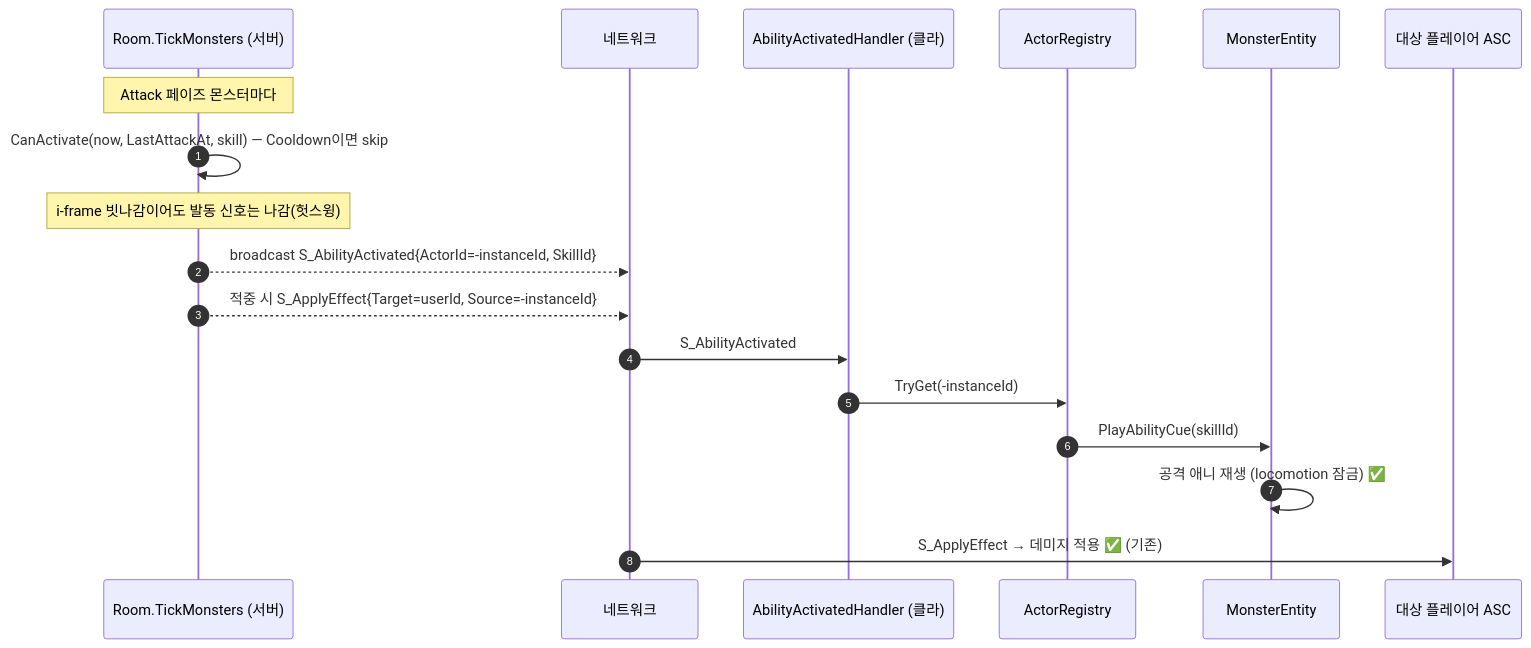
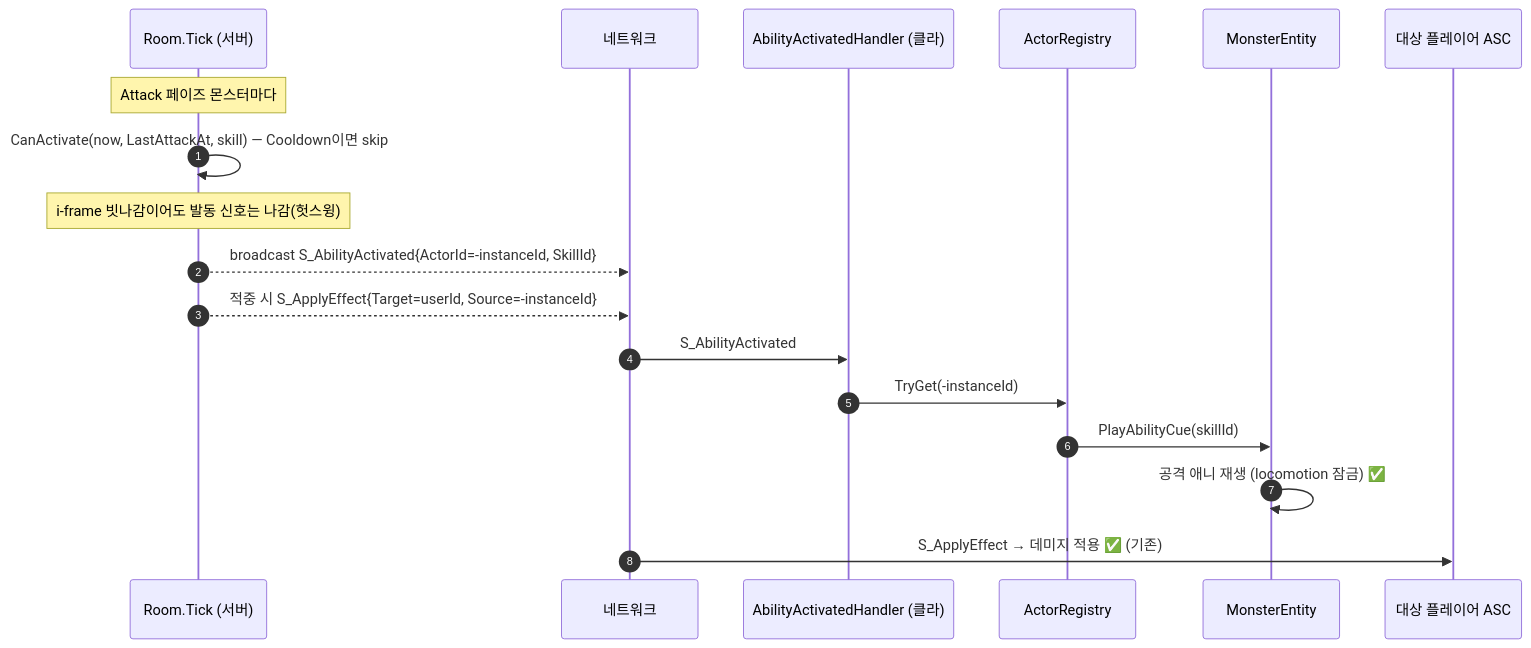
One commit to SeoBYP/Multiplay-ActionRPG-Unity changed the third of 7 diagrams in docs/wiki/actor-combat-architecture.md. Above: the diagram before and after it, drawn with Mermaid. The commit also changed other lines of this file and 89 other files, not shown here.

````diff
--- a/docs/wiki/actor-combat-architecture.md
+++ b/docs/wiki/actor-combat-architecture.md
@@ -212,21 +212,21 @@
 ```mermaid
 sequenceDiagram
     autonumber
-    participant RT as Room.TickMonsters (서버)
+    participant RT as Room.Tick (서버)
     participant Net as 네트워크
     participant H as AbilityActivatedHandler (클라)
     participant Reg as ActorRegistry
     participant ME as MonsterEntity
     participant PA as 대상 플레이어 ASC
 
     Note over RT: Attack 페이즈 몬스터마다
     RT->>RT: CanActivate(now, LastAttackAt, skill) — Cooldown이면 skip
     Note over RT: i-frame 빗나감이어도 발동 신호는 나감(헛스윙)
     RT-->>Net: broadcast S_AbilityActivated{ActorId=-instanceId, SkillId}
     RT-->>Net: 적중 시 S_ApplyEffect{Target=userId, Source=-instanceId}
     Net->>H: S_AbilityActivated
     H->>Reg: TryGet(-instanceId)
     Reg->>ME: PlayAbilityCue(skillId)
     ME->>ME: 공격 애니 재생 (locomotion 잠금) ✅
     Net->>PA: S_ApplyEffect → 데미지 적용 ✅ (기존)
 ```
````
